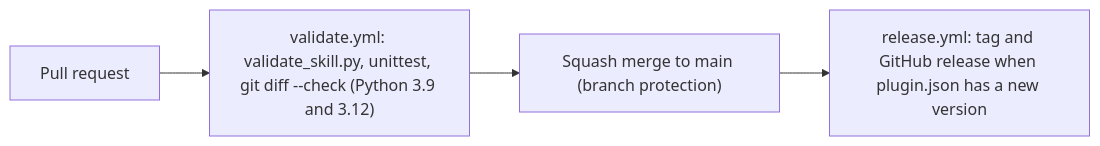
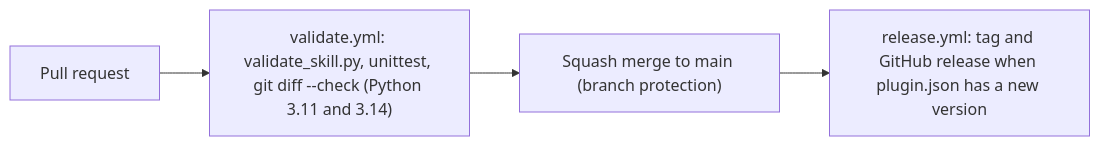
One commit to abhimanyusingh-gh/Arkon changed the second of 2 diagrams in docs/ARCHITECTURE.md. Above: the diagram before and after it, drawn with Mermaid. The commit also changed 4 other files, not shown here.

````diff
--- a/docs/ARCHITECTURE.md
+++ b/docs/ARCHITECTURE.md
@@ -44,6 +44,6 @@
 ```mermaid
 flowchart LR
-    PR["Pull request"] --> Validate["validate.yml: validate_skill.py, unittest, git diff --check (Python 3.9 and 3.12)"]
+    PR["Pull request"] --> Validate["validate.yml: validate_skill.py, unittest, git diff --check (Python 3.11 and 3.14)"]
     Validate --> Merge["Squash merge to main (branch protection)"]
     Merge --> Release["release.yml: tag and GitHub release when plugin.json has a new version"]
 ```
````
